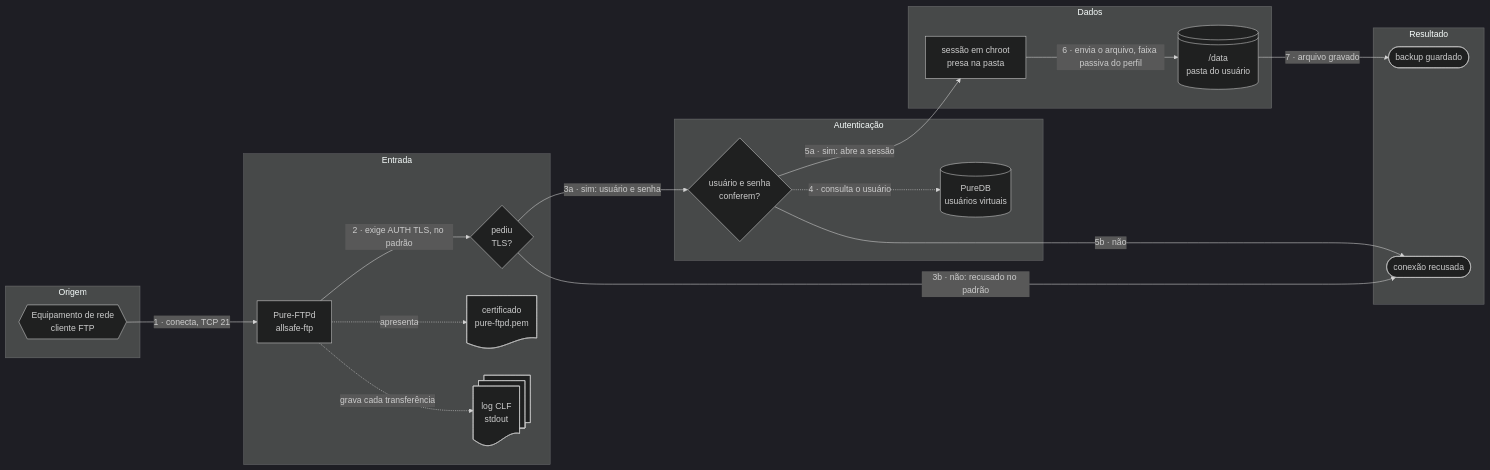
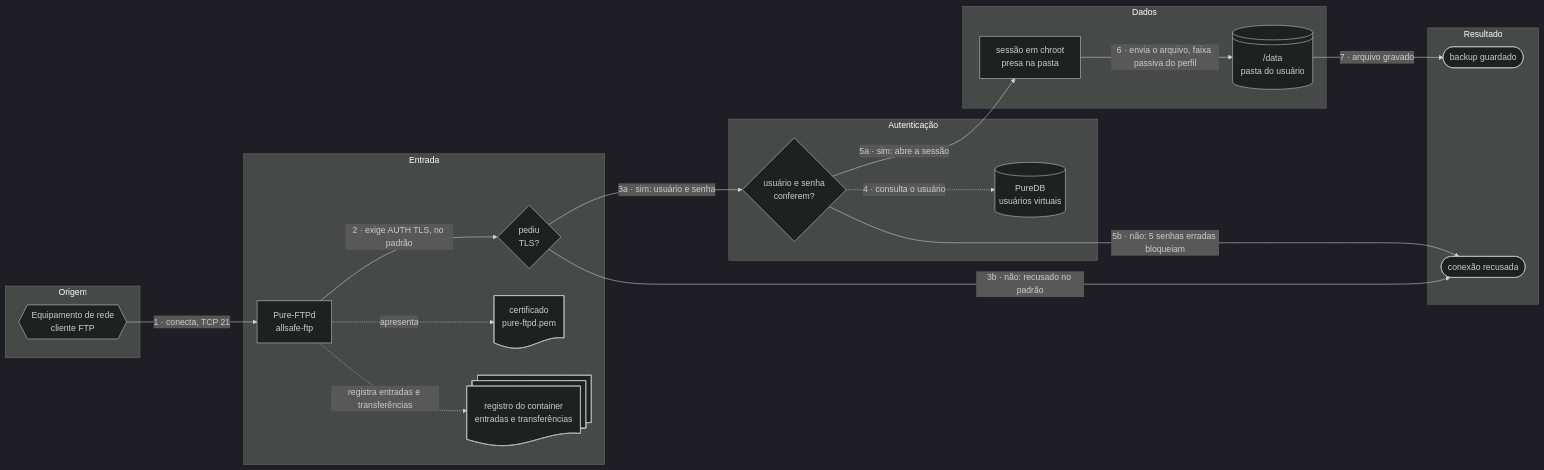
Before and after one commit to CarlosSuporteISP/allsafe-ftp-stack: the second of 4 diagrams in README.md, drawn with Mermaid. The commit also changed other lines of this file and 41 other files, not shown here.

````diff
--- a/README.md
+++ b/README.md
@@ -186,37 +187,37 @@
 ```mermaid
 %%{init: {"theme": "dark"}}%%
 flowchart LR
     subgraph ORIGEM["Origem"]
         equip@{ shape: hex, label: "Equipamento de rede<br>cliente FTP" }
     end
     subgraph ENTRADA["Entrada"]
         ftp@{ shape: rect, label: "Pure-FTPd<br>allsafe-ftp" }
         tls@{ shape: diam, label: "pediu<br>TLS?" }
         cert@{ shape: doc, label: "certificado<br>pure-ftpd.pem" }
-        logs@{ shape: docs, label: "log CLF<br>stdout" }
+        logs@{ shape: docs, label: "registro do container<br>entradas e transferências" }
     end
     subgraph AUTH["Autenticação"]
         login@{ shape: diam, label: "usuário e senha<br>conferem?" }
         puredb@{ shape: cyl, label: "PureDB<br>usuários virtuais" }
     end
     subgraph DADOS["Dados"]
         sessao@{ shape: rect, label: "sessão em chroot<br>presa na pasta" }
         dados@{ shape: lin-cyl, label: "/data<br>pasta do usuário" }
     end
     subgraph RESULTADO["Resultado"]
         fim@{ shape: stadium, label: "backup guardado" }
         recusa@{ shape: stadium, label: "conexão recusada" }
     end
 
     equip -- "1 · conecta, TCP 21" --> ftp
     ftp -- "2 · exige AUTH TLS, no padrão" --> tls
     tls -- "3a · sim: usuário e senha" --> login
     tls -- "3b · não: recusado no padrão" --> recusa
     login -. "4 · consulta o usuário" .-> puredb
     login -- "5a · sim: abre a sessão" --> sessao
-    login -- "5b · não" --> recusa
+    login -- "5b · não: 5 senhas erradas bloqueiam" --> recusa
     sessao -- "6 · envia o arquivo, faixa passiva do perfil" --> dados
     dados -- "7 · arquivo gravado" --> fim
     ftp -. "apresenta" .-> cert
-    ftp -. "grava cada transferência" .-> logs
+    ftp -. "registra entradas e transferências" .-> logs
 ```
````
